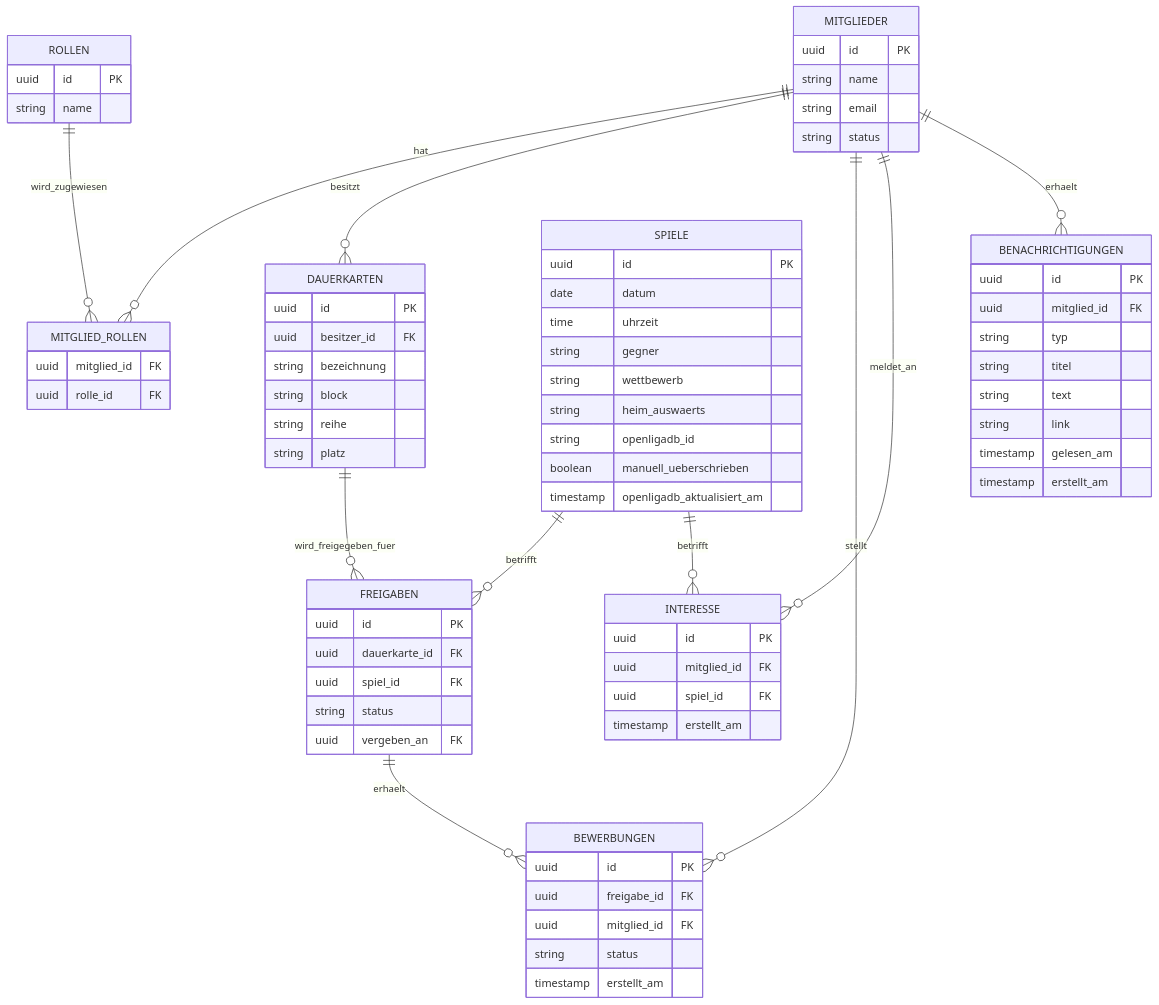
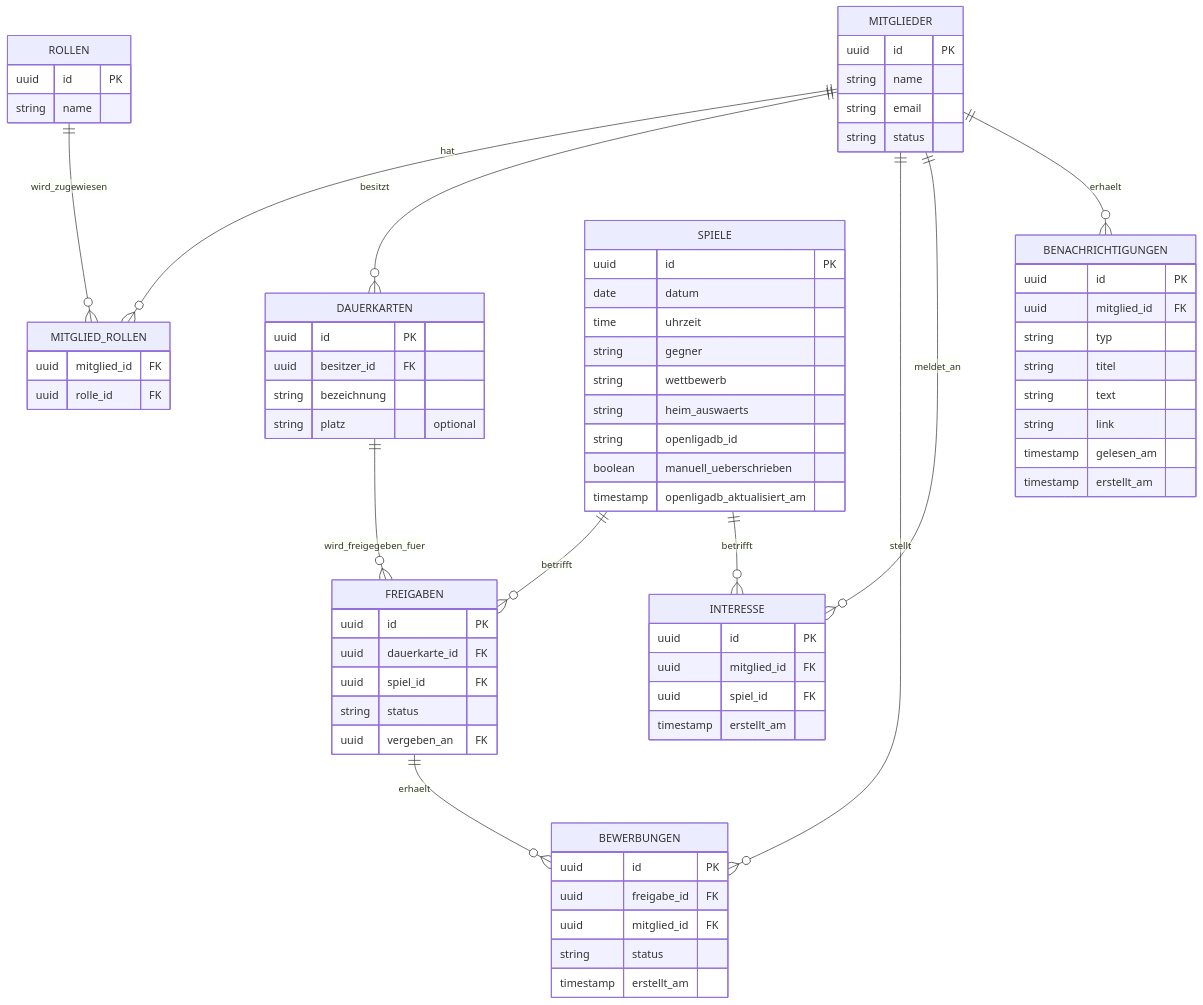
One commit to zeitmann/seefuechse changed the diagram in README.md. Above: the diagram before and after it, drawn with Mermaid. The commit also changed other lines of this file and 4 other files, not shown here.

First line of the commit message:
refactor: Block und Reihe aus Dauerkarten-Modell entfernt

````diff
--- a/README.md
+++ b/README.md
@@ -51,77 +51,75 @@
 ```mermaid
 erDiagram
   MITGLIEDER ||--o{ MITGLIED_ROLLEN : hat
   ROLLEN ||--o{ MITGLIED_ROLLEN : wird_zugewiesen
   MITGLIEDER ||--o{ DAUERKARTEN : besitzt
   DAUERKARTEN ||--o{ FREIGABEN : wird_freigegeben_fuer
   SPIELE ||--o{ FREIGABEN : betrifft
   FREIGABEN ||--o{ BEWERBUNGEN : erhaelt
   MITGLIEDER ||--o{ BEWERBUNGEN : stellt
   MITGLIEDER ||--o{ INTERESSE : meldet_an
   SPIELE ||--o{ INTERESSE : betrifft
   MITGLIEDER ||--o{ BENACHRICHTIGUNGEN : erhaelt
 
   MITGLIEDER {
     uuid id PK
     string name
     string email
     string status
   }
   ROLLEN {
     uuid id PK
     string name
   }
   MITGLIED_ROLLEN {
     uuid mitglied_id FK
     uuid rolle_id FK
   }
   DAUERKARTEN {
     uuid id PK
     uuid besitzer_id FK
     string bezeichnung
-    string block
-    string reihe
-    string platz
+    string platz "optional"
   }
   SPIELE {
     uuid id PK
     date datum
     time uhrzeit
     string gegner
     string wettbewerb
     string heim_auswaerts
     string openligadb_id
     boolean manuell_ueberschrieben
     timestamp openligadb_aktualisiert_am
   }
   FREIGABEN {
     uuid id PK
     uuid dauerkarte_id FK
     uuid spiel_id FK
     string status
     uuid vergeben_an FK
   }
   BEWERBUNGEN {
     uuid id PK
     uuid freigabe_id FK
     uuid mitglied_id FK
     string status
     timestamp erstellt_am
   }
   INTERESSE {
     uuid id PK
     uuid mitglied_id FK
     uuid spiel_id FK
     timestamp erstellt_am
   }
   BENACHRICHTIGUNGEN {
     uuid id PK
     uuid mitglied_id FK
     string typ
     string titel
     string text
     string link
     timestamp gelesen_am
     timestamp erstellt_am
   }
 ```
````
